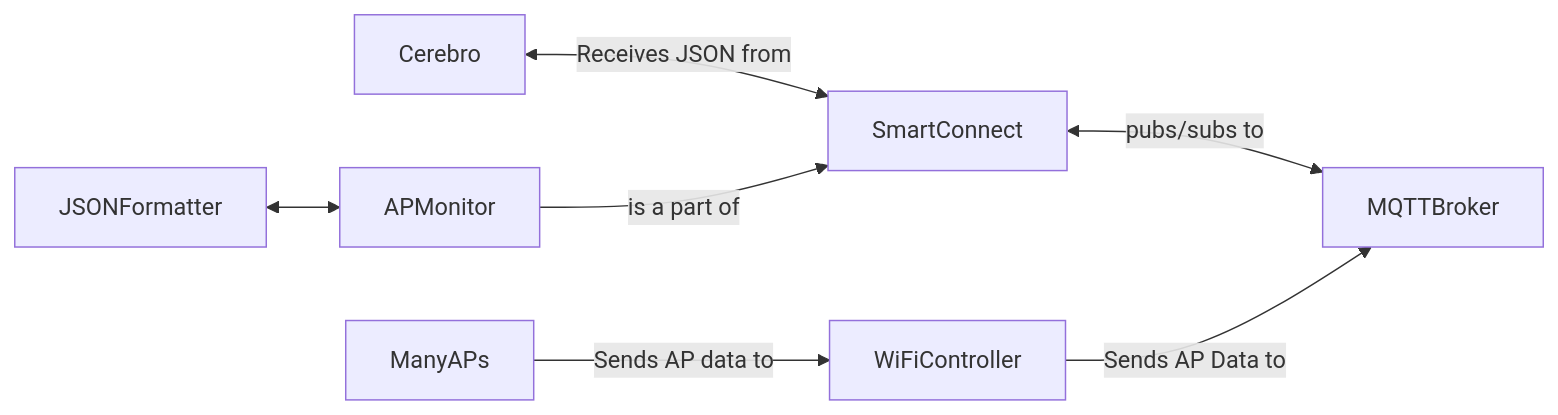
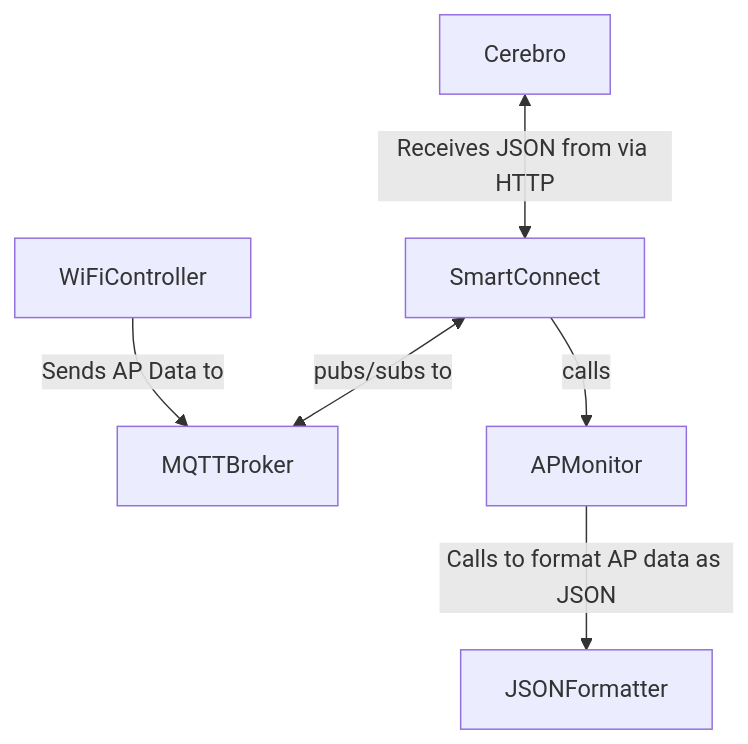
The second of 2 diagrams in ZCom AP Project.md (nicholasverdugo/Obsidian), drawn with Mermaid before and after one commit.

Commit message:
vault backup: 2022-09-20 15:08:41

````diff
--- a/ZCom AP Project.md
+++ b/ZCom AP Project.md
@@ -46,9 +46,9 @@
 ```mermaid
-flowchart LR
-	Cerebro<-- Receives JSON from -->SmartConnect;
+flowchart TD
+	Cerebro<-- Receives JSON from via HTTP -->SmartConnect;
 	SmartConnect<-- pubs/subs to -->MQTTBroker;
 	WiFiController-- Sends AP Data to -->MQTTBroker;
-	APMonitor-- is a part of -->SmartConnect;
-	JSONFormatter<-->APMonitor;
-	ManyAPs-- Sends AP data to -->WiFiController;	
+	SmartConnect-- calls -->APMonitor;
+	APMonitor-- Calls to format AP data as JSON -->JSONFormatter;
+	
 ```
````
